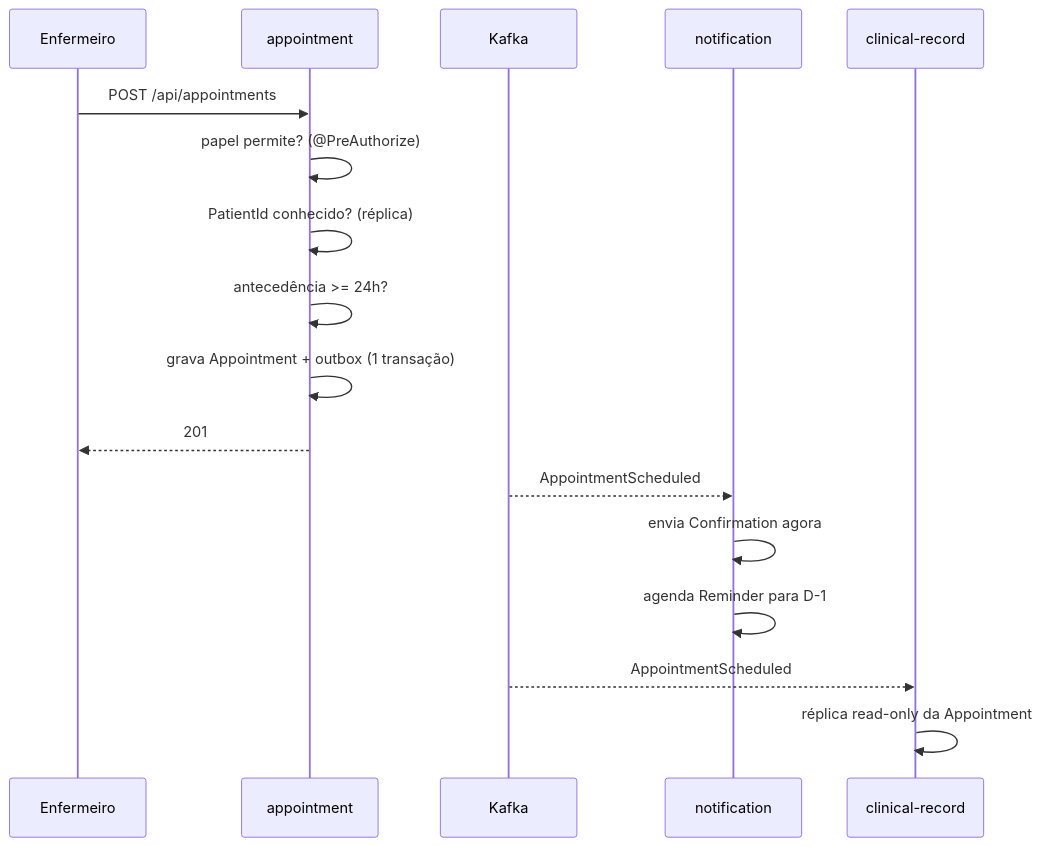
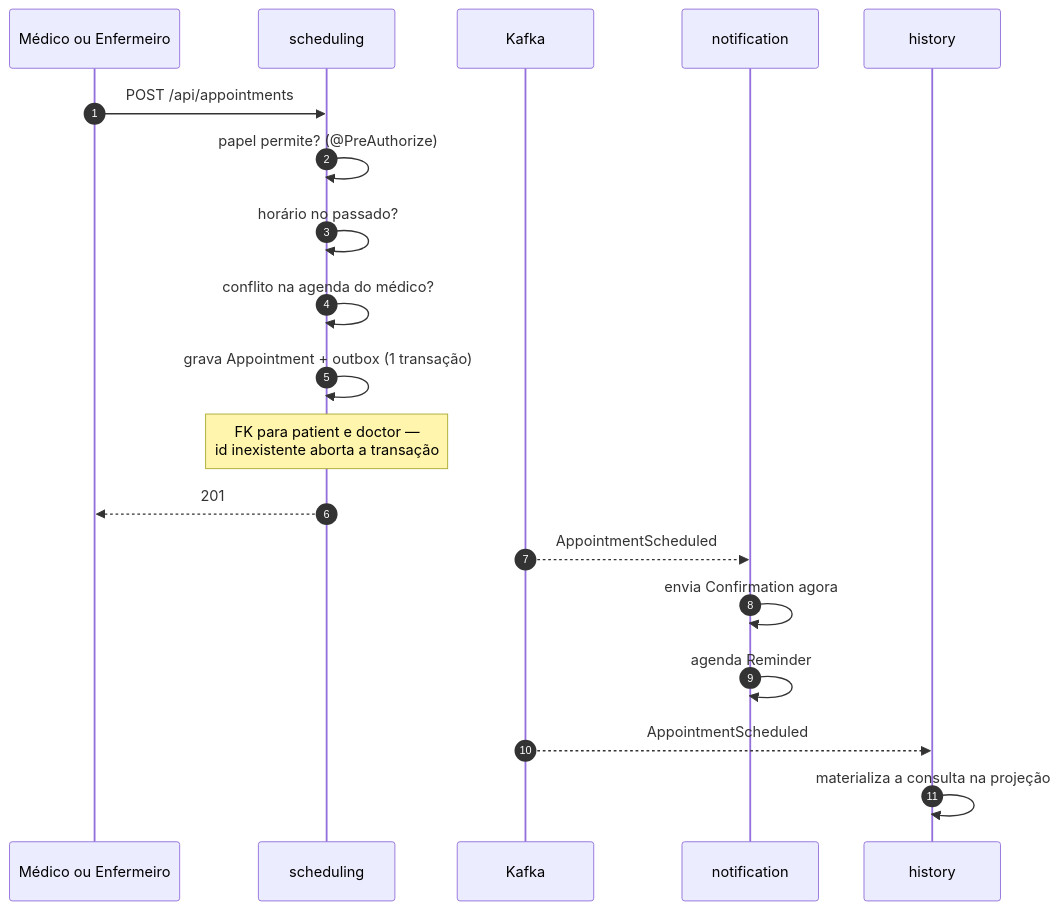
The sixth of 8 diagrams in docs/system-design.md (Team-2-FIAP-12ADJT/hospital-management), drawn with Mermaid before and after one commit. The commit also changed other lines of this file and 21 other files, not shown here.

First line of the commit message:
Refactor system architecture and documentation

````diff
--- a/docs/system-design.md
+++ b/docs/system-design.md
@@ -331,20 +603,23 @@
 ```mermaid
 sequenceDiagram
-    participant E as Enfermeiro
-    participant A as appointment
+    autonumber
+    participant E as Médico ou Enfermeiro
+    participant S as scheduling
     participant K as Kafka
     participant N as notification
-    participant C as clinical-record
+    participant H as history
 
-    E->>A: POST /api/appointments
-    A->>A: papel permite? (@PreAuthorize)
-    A->>A: PatientId conhecido? (réplica)
-    A->>A: antecedência >= 24h?
-    A->>A: grava Appointment + outbox (1 transação)
-    A-->>E: 201
+    E->>S: POST /api/appointments
+    S->>S: papel permite? (@PreAuthorize)
+    S->>S: horário no passado?
+    S->>S: conflito na agenda do médico?
+    S->>S: grava Appointment + outbox (1 transação)
+    Note over S: FK para patient e doctor —<br/>id inexistente aborta a transação
+    S-->>E: 201
+
     K-->>N: AppointmentScheduled
     N->>N: envia Confirmation agora
-    N->>N: agenda Reminder para D-1
-    K-->>C: AppointmentScheduled
-    C->>C: réplica read-only da Appointment
+    N->>N: agenda Reminder
+    K-->>H: AppointmentScheduled
+    H->>H: materializa a consulta na projeção
 ```
````
